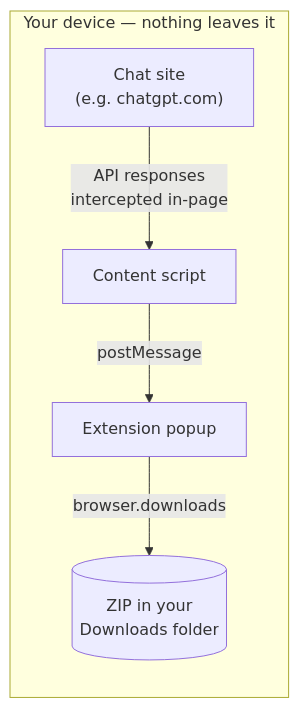
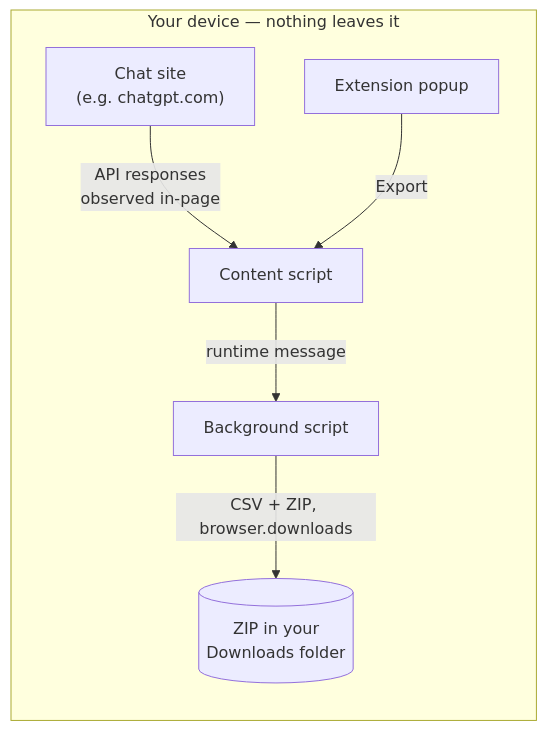
One commit to dj-urg/ai-mirror-export changed the diagram in README.md. Above: the diagram before and after it, drawn with Mermaid. The commit also changed other lines of this file and 4 other files, not shown here.

````diff
--- a/README.md
+++ b/README.md
@@ -72,13 +72,15 @@
 ```mermaid
 flowchart LR
-    A["Chat site<br/>(e.g. chatgpt.com)"] -->|API responses<br/>intercepted in-page| B[Content script]
-    B -->|postMessage| C[Extension popup]
-    C -->|browser.downloads| D[("ZIP in your<br/>Downloads folder")]
+    A["Chat site<br/>(e.g. chatgpt.com)"] -->|API responses<br/>observed in-page| B[Content script]
+    P[Extension popup] -->|Export| B
+    B -->|runtime message| C[Background script]
+    C -->|CSV + ZIP, browser.downloads| D[("ZIP in your<br/>Downloads folder")]
 
     subgraph Device["Your device — nothing leaves it"]
         A
         B
+        P
         C
         D
     end
 ```
````
